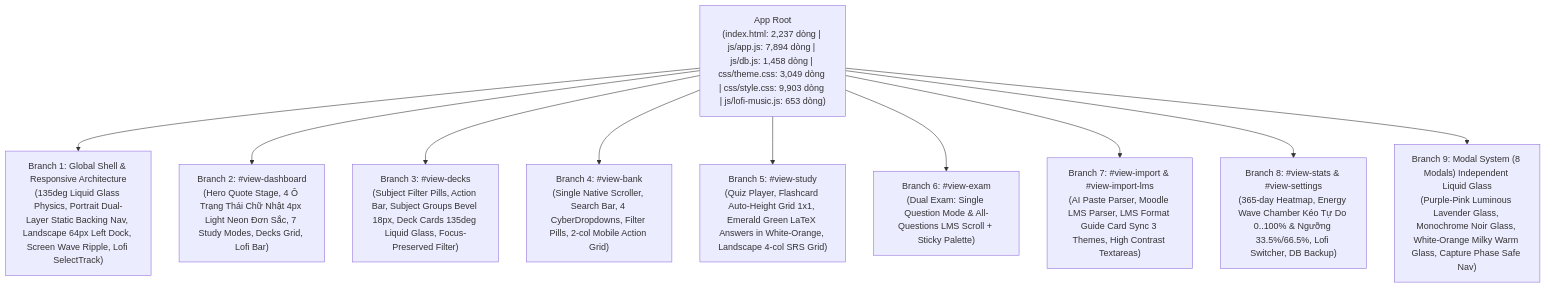
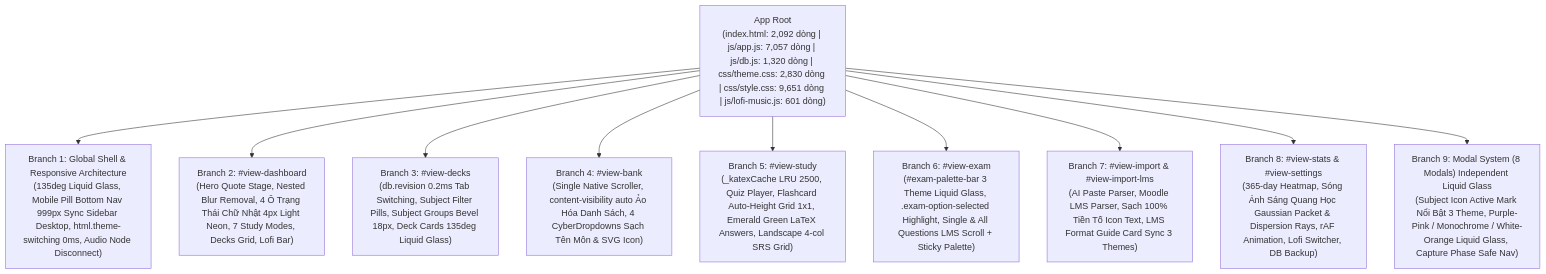
Before and after one commit to longcrpuen/tinhminhlaki: the first of 2 diagrams in ARCHITECTURE_GRAPH.md, drawn with Mermaid. The commit also changed other lines of this file and 7 other files, not shown here.

Commit message:
feat(core): complete phase 1p fix 7 UI bugs, 144+ FPS master optimization & update architecture graph

````diff
--- a/ARCHITECTURE_GRAPH.md
+++ b/ARCHITECTURE_GRAPH.md
@@ -14,14 +14,14 @@
 ```mermaid
 graph TD
-    Root["App Root<br/>(index.html: 2,237 dòng | js/app.js: 7,894 dòng | js/db.js: 1,458 dòng | css/theme.css: 3,049 dòng | css/style.css: 9,903 dòng | js/lofi-music.js: 653 dòng)"]
+    Root["App Root<br/>(index.html: 2,092 dòng | js/app.js: 7,057 dòng | js/db.js: 1,320 dòng | css/theme.css: 2,830 dòng | css/style.css: 9,651 dòng | js/lofi-music.js: 601 dòng)"]
 
-    Root --> B1["Branch 1: Global Shell & Responsive Architecture<br/>(135deg Liquid Glass Physics, Portrait Dual-Layer Static Backing Nav, Landscape 64px Left Dock, Screen Wave Ripple, Lofi SelectTrack)"]
-    Root --> B2["Branch 2: #view-dashboard<br/>(Hero Quote Stage, 4 Ô Trạng Thái Chữ Nhật 4px Light Neon Đơn Sắc, 7 Study Modes, Decks Grid, Lofi Bar)"]
-    Root --> B3["Branch 3: #view-decks<br/>(Subject Filter Pills, Action Bar, Subject Groups Bevel 18px, Deck Cards 135deg Liquid Glass, Focus-Preserved Filter)"]
-    Root --> B4["Branch 4: #view-bank<br/>(Single Native Scroller, Search Bar, 4 CyberDropdowns, Filter Pills, 2-col Mobile Action Grid)"]
-    Root --> B5["Branch 5: #view-study<br/>(Quiz Player, Flashcard Auto-Height Grid 1x1, Emerald Green LaTeX Answers in White-Orange, Landscape 4-col SRS Grid)"]
-    Root --> B6["Branch 6: #view-exam<br/>(Dual Exam: Single Question Mode & All-Questions LMS Scroll + Sticky Palette)"]
-    Root --> B7["Branch 7: #view-import & #view-import-lms<br/>(AI Paste Parser, Moodle LMS Parser, LMS Format Guide Card Sync 3 Themes, High Contrast Textareas)"]
-    Root --> B8["Branch 8: #view-stats & #view-settings<br/>(365-day Heatmap, Energy Wave Chamber Kéo Tự Do 0..100% & Ngưỡng 33.5%/66.5%, Lofi Switcher, DB Backup)"]
-    Root --> B9["Branch 9: Modal System (8 Modals) Independent Liquid Glass<br/>(Purple-Pink Luminous Lavender Glass, Monochrome Noir Glass, White-Orange Milky Warm Glass, Capture Phase Safe Nav)"]
+    Root --> B1["Branch 1: Global Shell & Responsive Architecture<br/>(135deg Liquid Glass, Mobile Pill Bottom Nav 999px Sync Sidebar Desktop, html.theme-switching 0ms, Audio Node Disconnect)"]
+    Root --> B2["Branch 2: #view-dashboard<br/>(Hero Quote Stage, Nested Blur Removal, 4 Ô Trạng Thái Chữ Nhật 4px Light Neon, 7 Study Modes, Decks Grid, Lofi Bar)"]
+    Root --> B3["Branch 3: #view-decks<br/>(db.revision 0.2ms Tab Switching, Subject Filter Pills, Subject Groups Bevel 18px, Deck Cards 135deg Liquid Glass)"]
+    Root --> B4["Branch 4: #view-bank<br/>(Single Native Scroller, content-visibility auto Ảo Hóa Danh Sách, 4 CyberDropdowns Sạch Tên Môn & SVG Icon)"]
+    Root --> B5["Branch 5: #view-study<br/>(_katexCache LRU 2500, Quiz Player, Flashcard Auto-Height Grid 1x1, Emerald Green LaTeX Answers, Landscape 4-col SRS Grid)"]
+    Root --> B6["Branch 6: #view-exam<br/>(#exam-palette-bar 3 Theme Liquid Glass, .exam-option-selected Highlight, Single & All Questions LMS Scroll + Sticky Palette)"]
+    Root --> B7["Branch 7: #view-import & #view-import-lms<br/>(AI Paste Parser, Moodle LMS Parser, Sạch 100% Tiền Tố Icon Text, LMS Format Guide Card Sync 3 Themes)"]
+    Root --> B8["Branch 8: #view-stats & #view-settings<br/>(365-day Heatmap, Sóng Ánh Sáng Quang Học Gaussian Packet & Dispersion Rays, rAF Animation, Lofi Switcher, DB Backup)"]
+    Root --> B9["Branch 9: Modal System (8 Modals) Independent Liquid Glass<br/>(Subject Icon Active Mark Nổi Bật 3 Theme, Purple-Pink / Monochrome / White-Orange Liquid Glass, Capture Phase Safe Nav)"]
 ```
````
